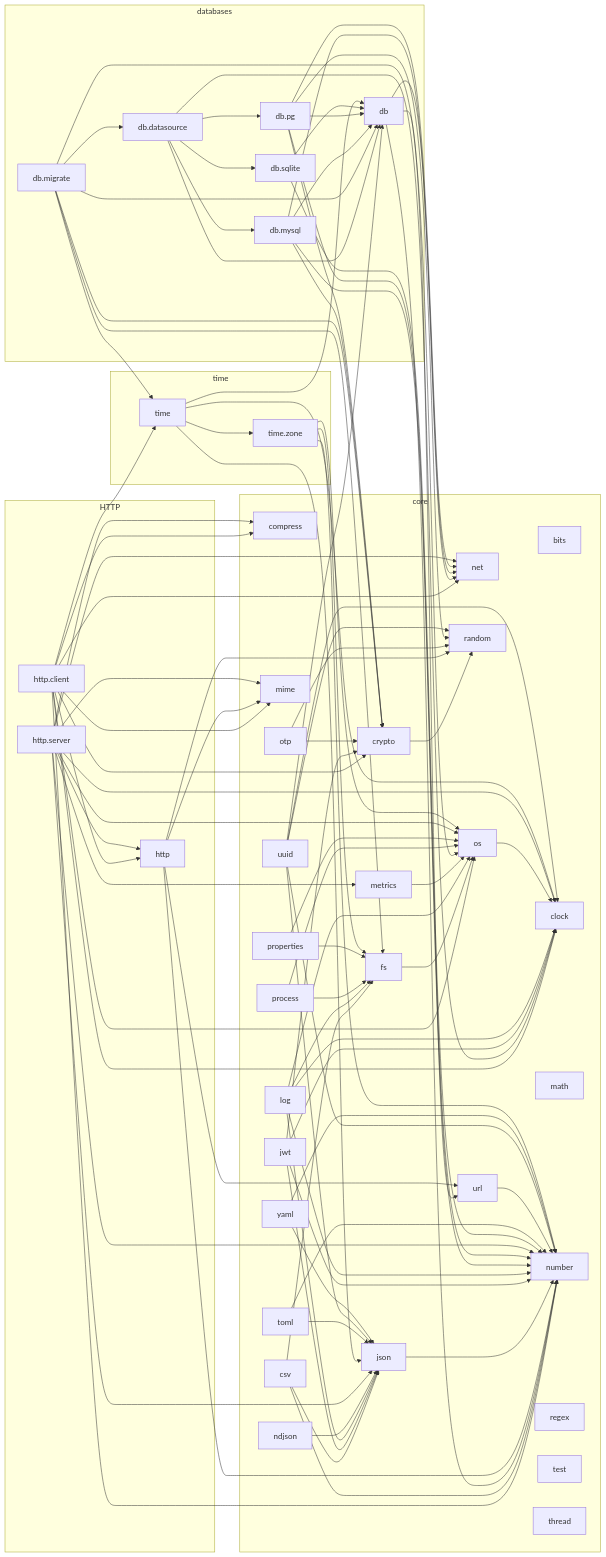
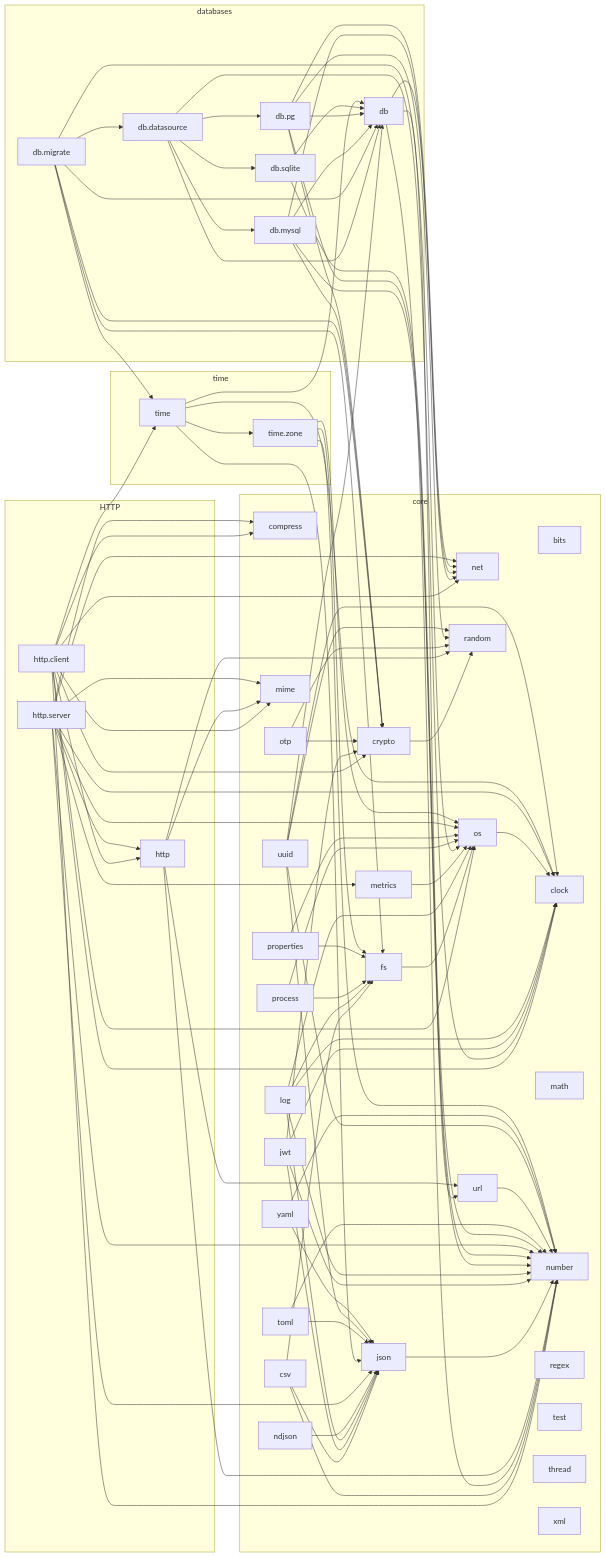
The diagram in docs/lib/dependencies.md (vasnatech/ziman), drawn with Mermaid before and after one commit. The commit also changed other lines of this file and 13 other files, not shown here.

```diff
--- a/docs/lib/dependencies.md
+++ b/docs/lib/dependencies.md
@@ -34,6 +34,7 @@
         toml["toml"]
         url["url"]
         uuid["uuid"]
+        xml["xml"]
         yaml["yaml"]
     end
     subgraph group_db["databases"]
```
